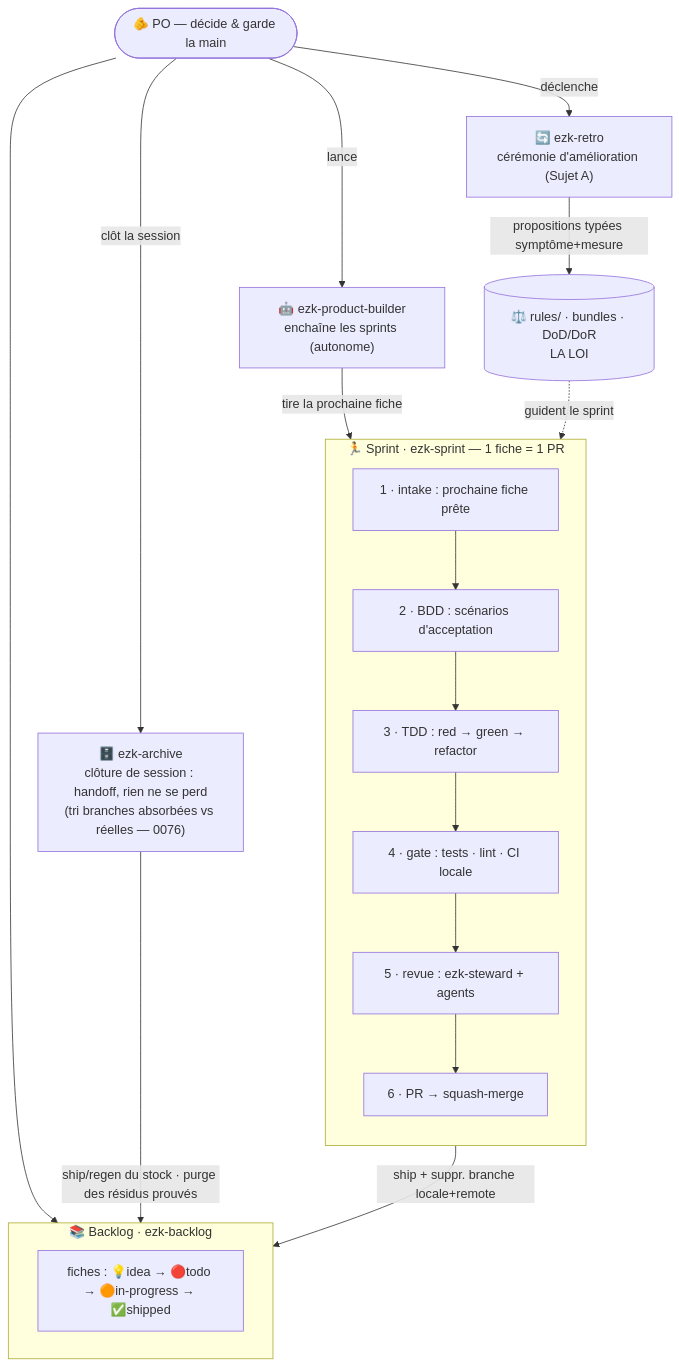
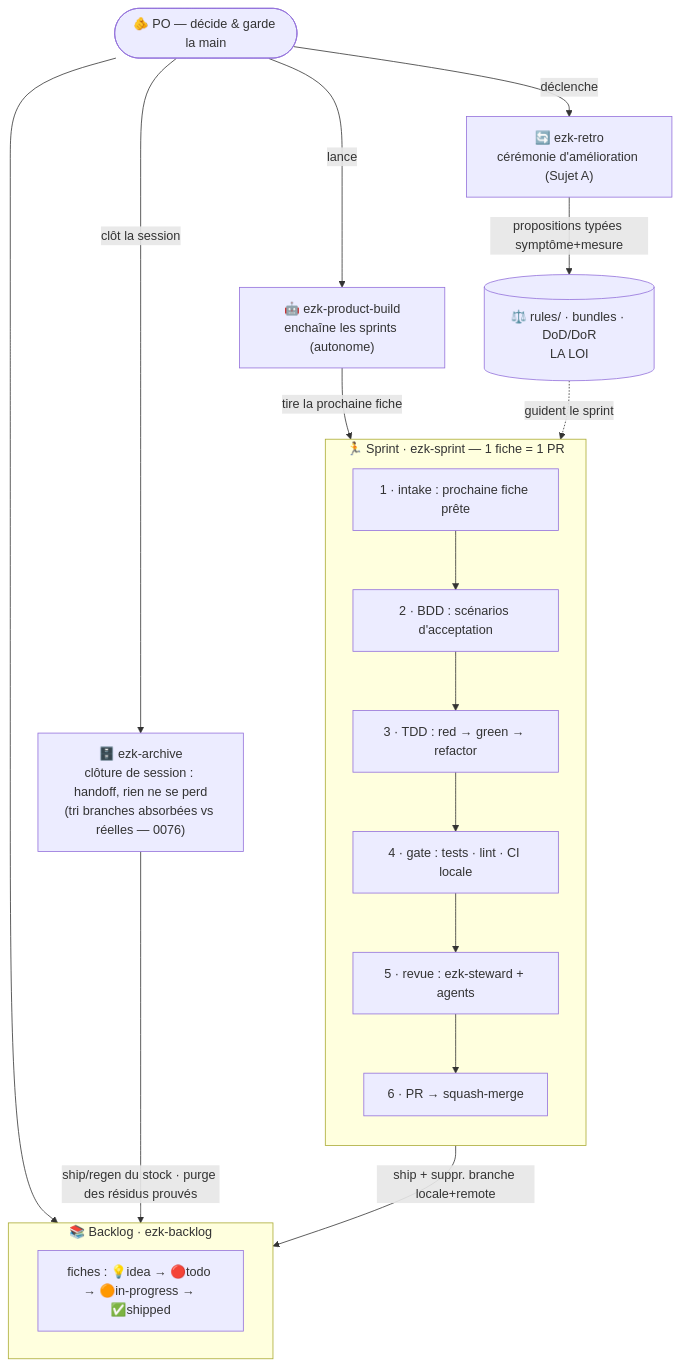
One commit to elzinko/vectorz changed the first of 3 diagrams in products/mega-city/docs/method-map.md. Above: the diagram before and after it, drawn with Mermaid. The commit also changed other lines of this file and 164 other files, not shown here.

````diff
--- a/products/mega-city/docs/method-map.md
+++ b/products/mega-city/docs/method-map.md
@@ -20,27 +20,27 @@
 ```mermaid
 flowchart TB
     PO(["🫵 PO — décide & garde la main"])
     subgraph BL["📚 Backlog · ezk-backlog"]
         F["fiches : 💡idea → 🔴todo → 🟠in-progress → ✅shipped"]
     end
-    PB["🤖 ezk-product-builder<br/>enchaîne les sprints (autonome)"]
+    PB["🤖 ezk-product-build<br/>enchaîne les sprints (autonome)"]
     subgraph SP["🏃 Sprint · ezk-sprint — 1 fiche = 1 PR"]
         direction TB
         S1["1 · intake : prochaine fiche prête"] --> S2["2 · BDD : scénarios d'acceptation"]
         S2 --> S3["3 · TDD : red → green → refactor"] --> S4["4 · gate : tests · lint · CI locale"]
         S4 --> S5["5 · revue : ezk-steward + agents"] --> S6["6 · PR → squash-merge"]
     end
     RETRO["🔄 ezk-retro<br/>cérémonie d'amélioration (Sujet A)"]
     ARCH["🗄️ ezk-archive<br/>clôture de session : handoff, rien ne se perd<br/>(tri branches absorbées vs réelles — 0076)"]
     RULES[("⚖️ rules/ · bundles · DoD/DoR<br/>LA LOI")]
 
     PO --> BL
     PO -->|lance| PB
     PB -->|tire la prochaine fiche| SP
     S6 -->|ship + suppr. branche locale+remote| BL
     RULES -.->|guident le sprint| SP
     PO -->|déclenche| RETRO
     RETRO -->|propositions typées symptôme+mesure| RULES
     PO -->|clôt la session| ARCH
     ARCH -->|ship/regen du stock · purge des résidus prouvés| BL
 ```
````
